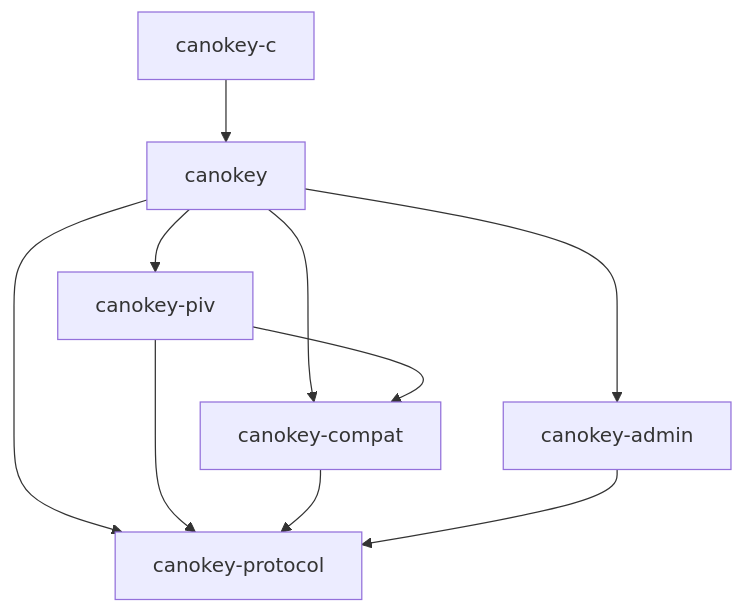
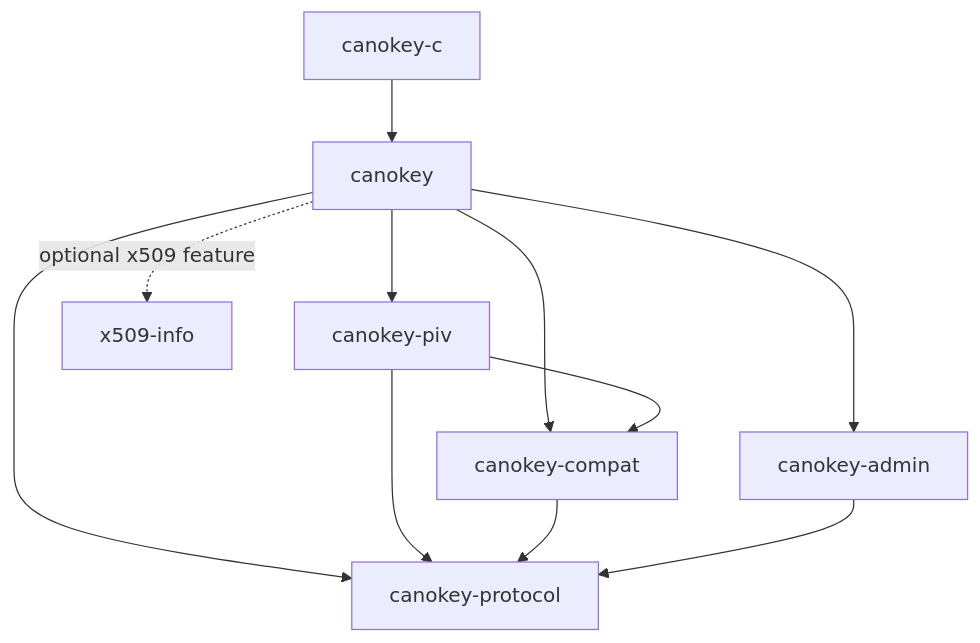
One commit to canokeys/libcanokey changed the diagram in README.md. Above: the diagram before and after it, drawn with Mermaid. The commit also changed other lines of this file and 25 other files, not shown here.

````diff
--- a/README.md
+++ b/README.md
@@ -20,12 +21,13 @@
 ```mermaid
 graph TD
     C[canokey-c] --> F[canokey]
     F --> A[canokey-admin]
     F --> P[canokey-piv]
     F --> K[canokey-compat]
     F --> R[canokey-protocol]
+    F -. optional x509 feature .-> X[x509-info]
     P --> K
     P --> R
     K --> R
     A --> R
 ```
````
